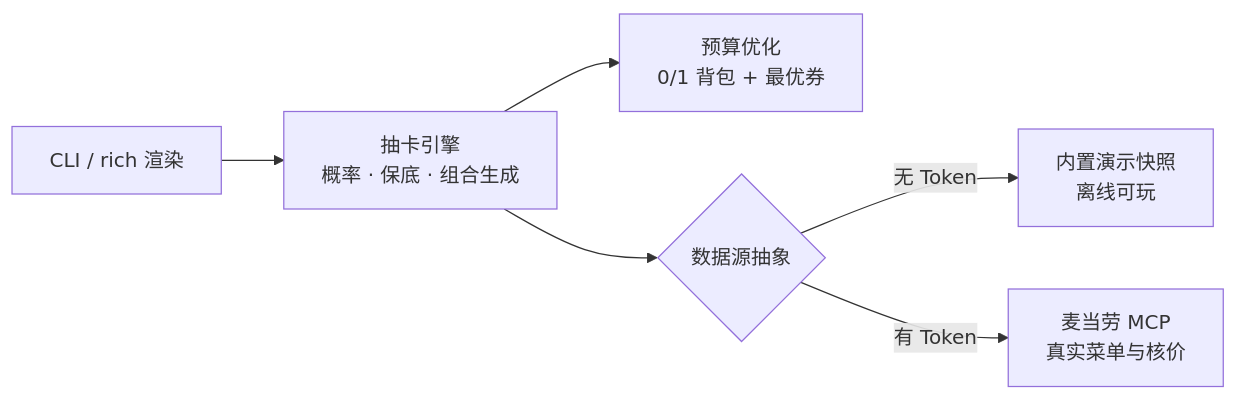
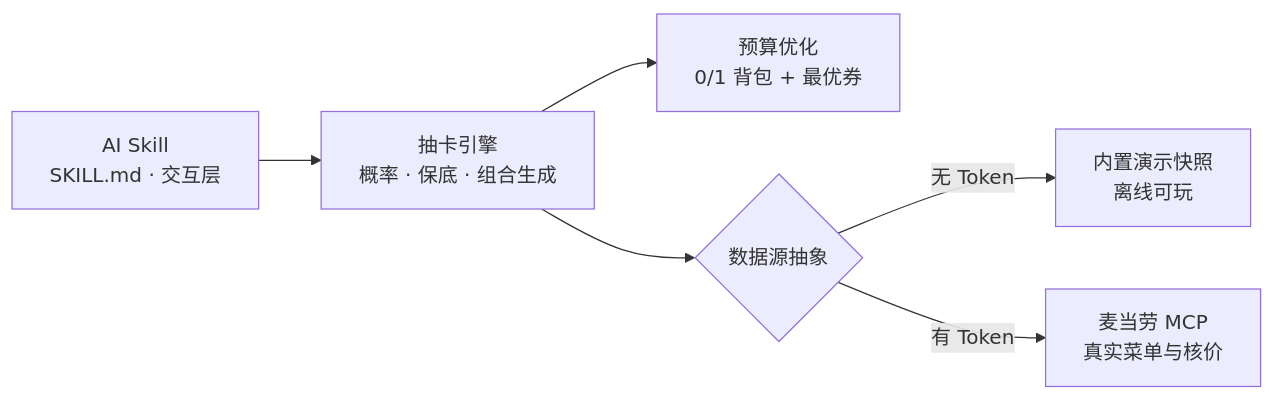
Before and after one commit to pzweuj/MCD-Gacha: the diagram in README.md, drawn with Mermaid. The commit also changed other lines of this file and 22 other files, not shown here.

First line of the commit message:
refactor: 收敛为纯 Skill 单形态，删除网页 demo 与 CLI 产品化定位

````diff
--- a/README.md
+++ b/README.md
@@ -231,8 +236,8 @@
 ```mermaid
 flowchart LR
-    CLI[CLI / rich 渲染] --> Engine[抽卡引擎<br/>概率 · 保底 · 组合生成]
+    Skill[AI Skill<br/>SKILL.md · 交互层] --> Engine[抽卡引擎<br/>概率 · 保底 · 组合生成]
     Engine --> Optimizer[预算优化<br/>0/1 背包 + 最优券]
     Engine --> DS{数据源抽象}
     DS -->|无 Token| Mock[内置演示快照<br/>离线可玩]
     DS -->|有 Token| MCP[麦当劳 MCP<br/>真实菜单与核价]
 ```
````
